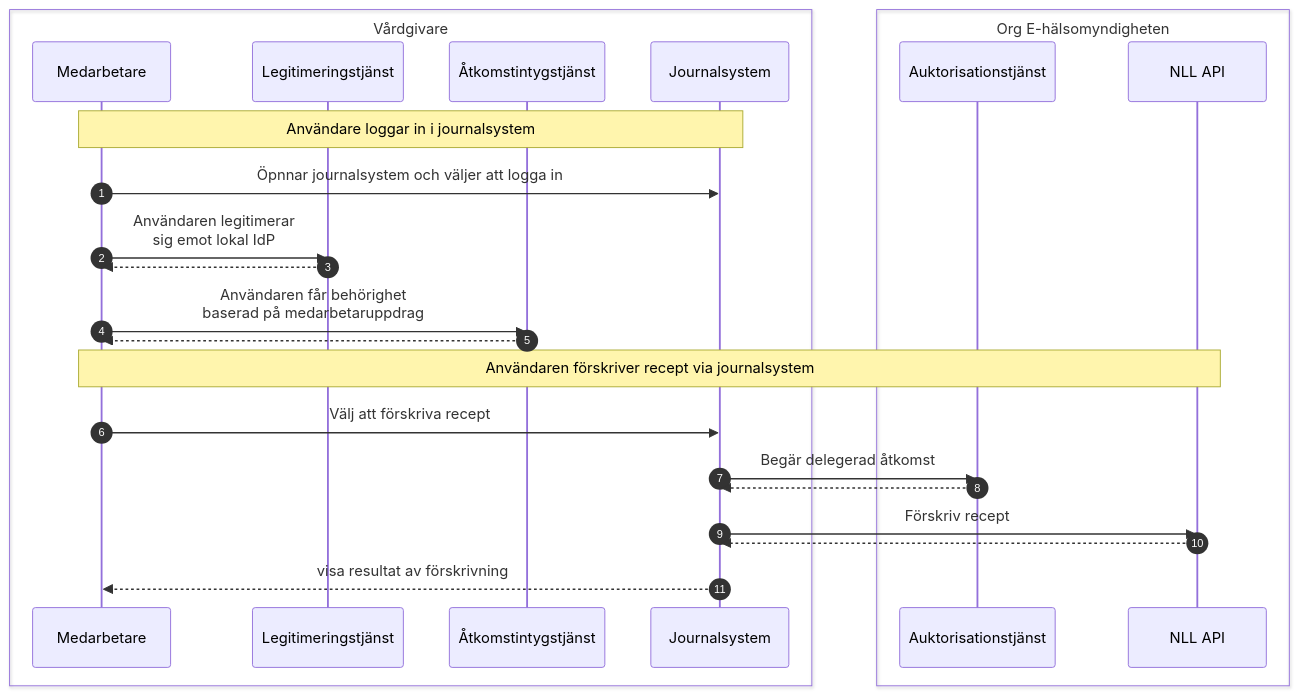
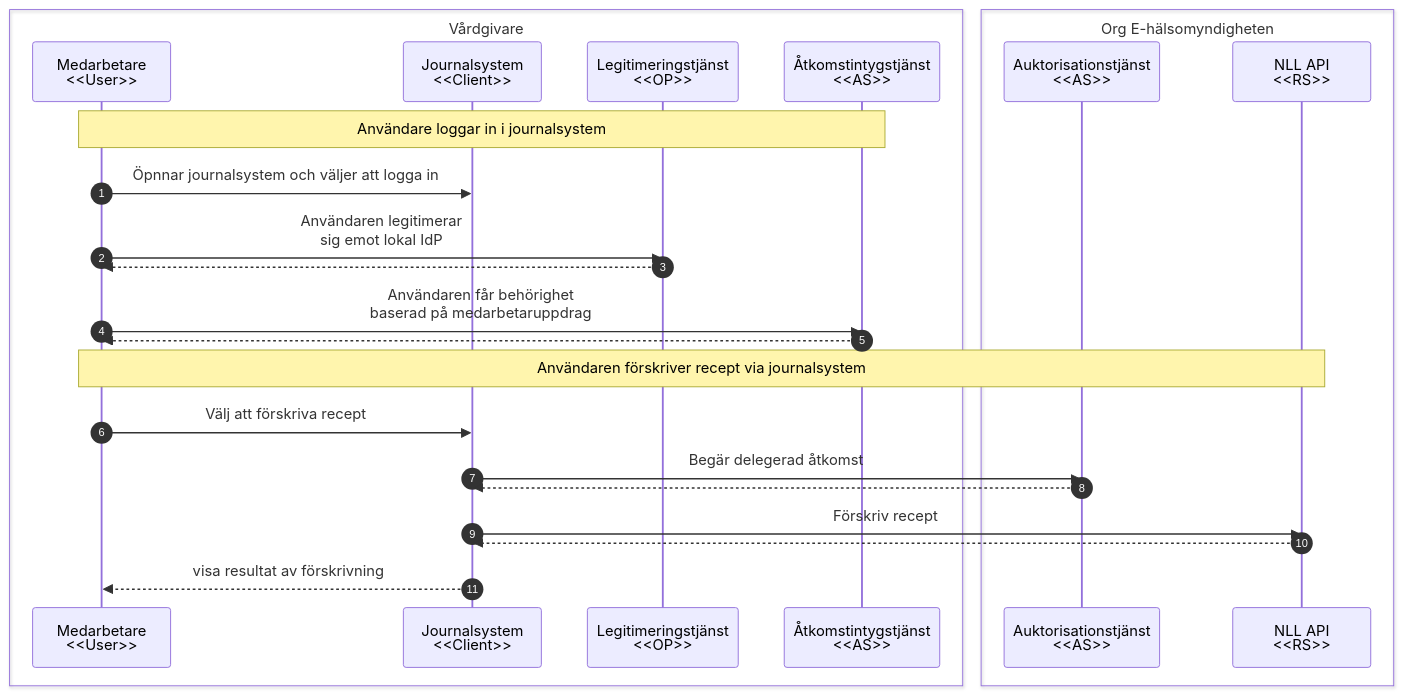
One commit to diggsweden/ena-authorization changed the eighth of 12 diagrams in architecture/drafts/IAM_TargetArchitecture_Sweden.md. Above: the diagram before and after it, drawn with Mermaid. The commit also changed other lines of this file, not shown here.

````diff
--- a/architecture/drafts/IAM_TargetArchitecture_Sweden.md
+++ b/architecture/drafts/IAM_TargetArchitecture_Sweden.md
@@ -368,31 +370,31 @@
 ```mermaid
 %%{init: {"flowchart": {"defaultRenderer": "elk"}} }%%
 sequenceDiagram 
     autonumber
     box Vårdgivare
-        participant u as Medarbetare
-        participant aidp as Legitimeringstjänst
-        participant aas as Åtkomstintygstjänst
-        participant c as Journalsystem
+        participant u as Medarbetare<br><<User>>
+        participant c as Journalsystem<br><<Client>>
+        participant aidp as Legitimeringstjänst<br><<OP>>
+        participant aas as Åtkomstintygstjänst<br><<AS>>
     end
 
     box Org E-hälsomyndigheten 
-        participant bas as Auktorisationstjänst
-        participant api as NLL API
+        participant bas as Auktorisationstjänst<br><<AS>>
+        participant api as NLL API<br><<RS>>
     end
 
-    note over u,c: Användare loggar in i journalsystem
+    note over u,aas: Användare loggar in i journalsystem
     u->>c: Öpnnar journalsystem och väljer att logga in
     u->>aidp: Användaren legitimerar <br>sig emot lokal IdP
     aidp-->>u: 
     u->>aas: Användaren får behörighet<br> baserad på medarbetaruppdrag
     aas-->>u: 
 
     note over u,api: Användaren förskriver recept via journalsystem
     u->>c: Välj att förskriva recept
     c->>bas: Begär delegerad åtkomst
     bas-->>c: 
     c->>api: Förskriv recept
     api-->>c: 
     c-->>u: visa resultat av förskrivning
 ```
````
